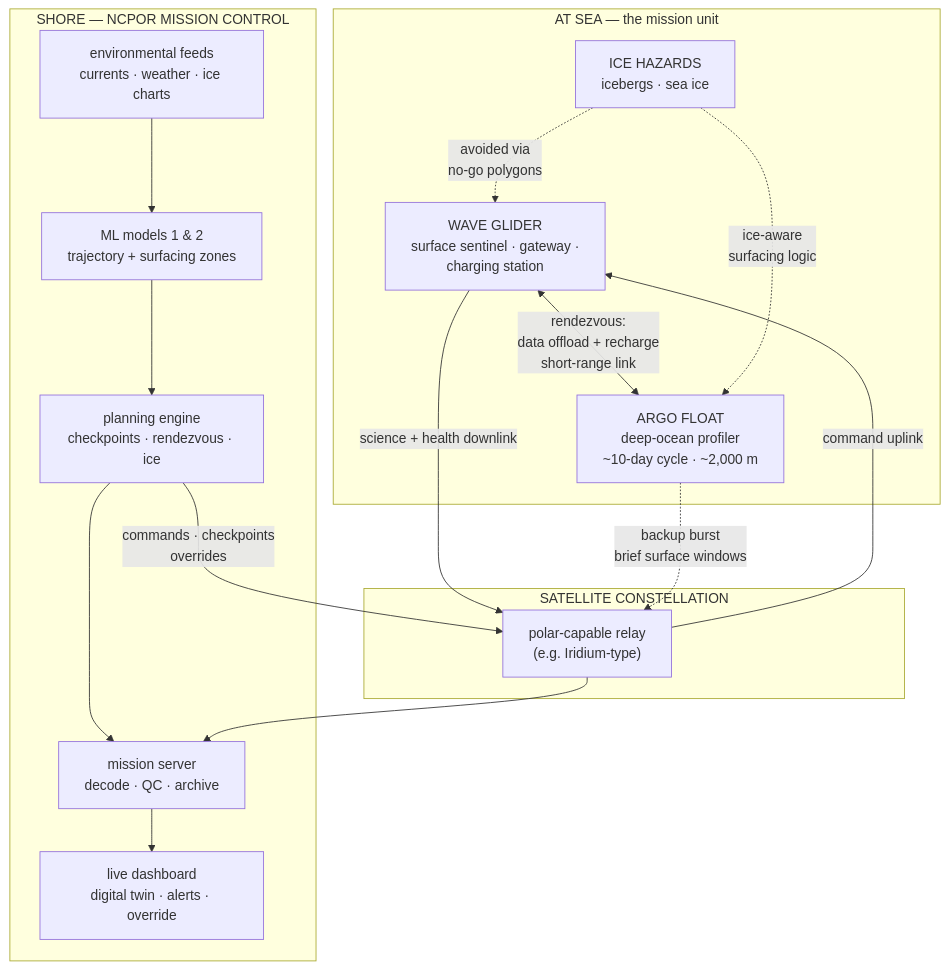
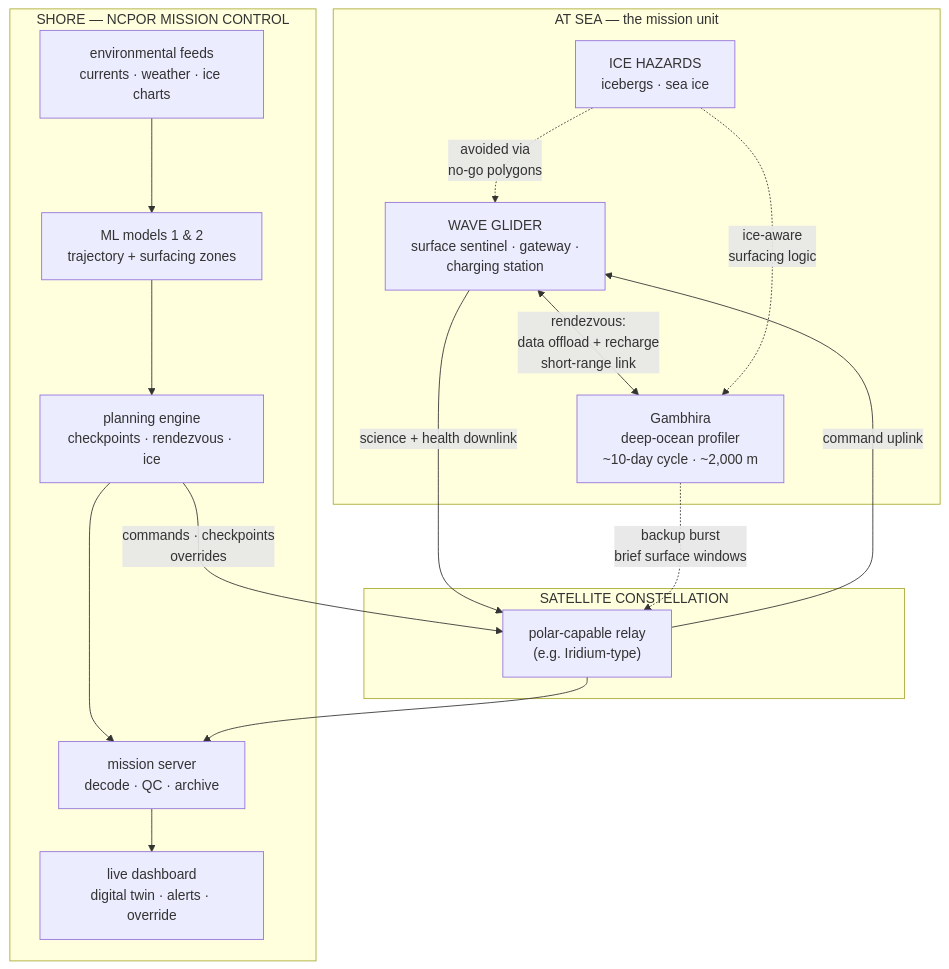
Before and after one commit to DAnuraag/Dhakshin: the third of 34 diagrams in README.md, drawn with Mermaid. The commit also changed other lines of this file, not shown here.

````diff
--- a/README.md
+++ b/README.md
@@ -978,30 +978,30 @@
 ```mermaid
 flowchart TB
     subgraph SEA["AT SEA — the mission unit"]
         WG["WAVE GLIDER<br/>surface sentinel · gateway ·<br/>charging station"]
-        AF["ARGO FLOAT<br/>deep-ocean profiler<br/>~10-day cycle · ~2,000 m"]
+        AF["Gambhira<br/>deep-ocean profiler<br/>~10-day cycle · ~2,000 m"]
         ICE["ICE HAZARDS<br/>icebergs · sea ice"]
         WG <-- "rendezvous:<br/>data offload + recharge<br/>short-range link" --> AF
         ICE -. "avoided via<br/>no-go polygons" .-> WG
         ICE -. "ice-aware<br/>surfacing logic" .-> AF
     end
 
     subgraph SAT["SATELLITE CONSTELLATION"]
         SATL["polar-capable relay<br/>(e.g. Iridium-type)"]
     end
 
     subgraph SHORE["SHORE — NCPOR MISSION CONTROL"]
         SRV["mission server<br/>decode · QC · archive"]
         ML["ML models 1 & 2<br/>trajectory + surfacing zones"]
         PLN["planning engine<br/>checkpoints · rendezvous · ice"]
         DASH["live dashboard<br/>digital twin · alerts · override"]
         ENV["environmental feeds<br/>currents · weather · ice charts"]
         ENV --> ML --> PLN --> SRV
         SRV --> DASH
         PLN -- "commands · checkpoints<br/>overrides" --> SATL
     end
 
     WG -- "science + health downlink" --> SATL --> SRV
     AF -. "backup burst<br/>brief surface windows" .-> SATL
     SATL -- "command uplink" --> WG
 ```
````
